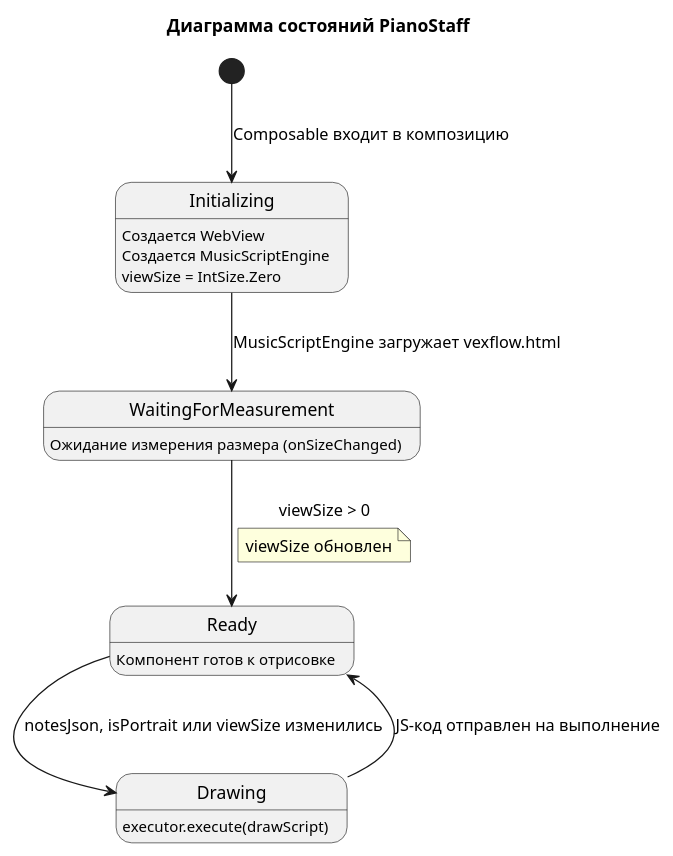
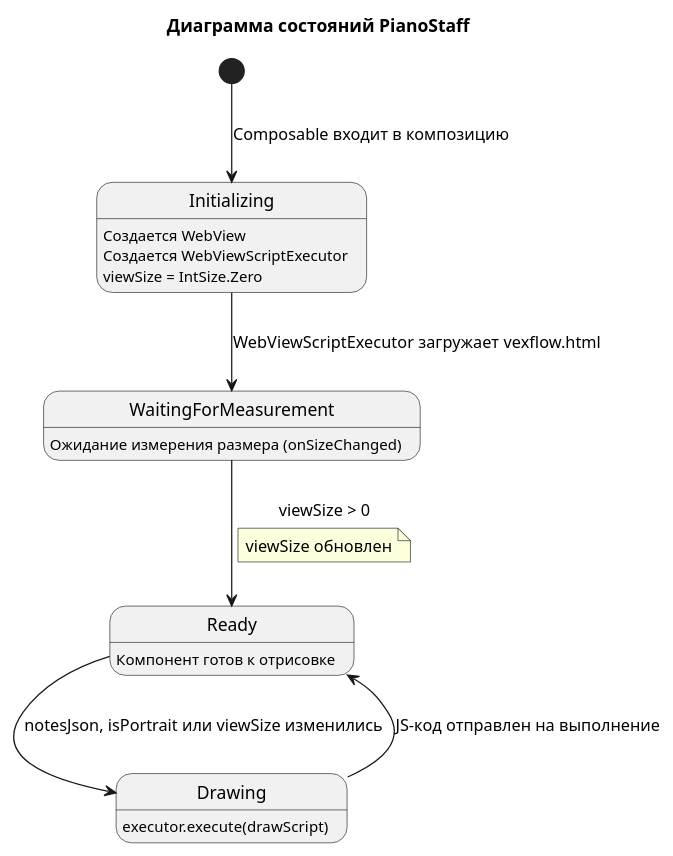
One commit to astrizhachuk/PianoFlow changed the ninth of 10 diagrams in docs/ru/specs/MIDI_MESSAGE_PROCESSING.md. Above: the diagram before and after it, drawn with PlantUML. The commit also changed other lines of this file and 4 other files, not shown here.

Commit message:
refactor: заменить MusicScriptEngine на WebViewScriptExecutor для выполнения JavaScript в WebView

````diff
--- a/docs/ru/specs/MIDI_MESSAGE_PROCESSING.md
+++ b/docs/ru/specs/MIDI_MESSAGE_PROCESSING.md
@@ -514,31 +514,31 @@
 ```plantuml
 @startuml
 title Диаграмма состояний PianoStaff
 
 [*] --> Initializing : Composable входит в композицию
 
 state Initializing
 Initializing : Создается WebView
-Initializing : Создается MusicScriptEngine
+Initializing : Создается WebViewScriptExecutor
 Initializing : viewSize = IntSize.Zero
 
-Initializing --> WaitingForMeasurement : MusicScriptEngine загружает vexflow.html
+Initializing --> WaitingForMeasurement : WebViewScriptExecutor загружает vexflow.html
 
 state WaitingForMeasurement
 WaitingForMeasurement : Ожидание измерения размера (onSizeChanged)
 
 WaitingForMeasurement --> Ready : viewSize > 0
 note on link
   viewSize обновлен
 end note
 
 state Ready
 Ready : Компонент готов к отрисовке
 
 state Drawing
 Drawing : executor.execute(drawScript)
 
 Ready --> Drawing : notesJson, isPortrait или viewSize изменились
 Drawing --> Ready : JS-код отправлен на выполнение
 @enduml
 ```
````
